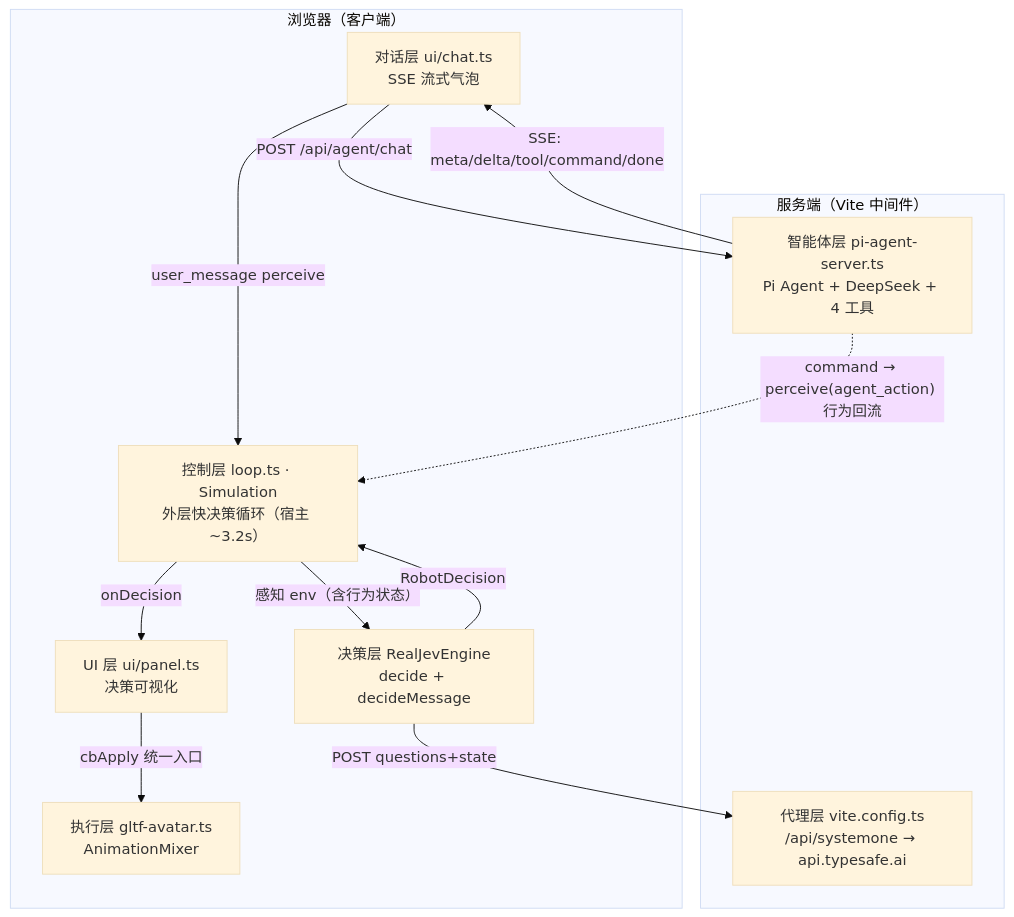
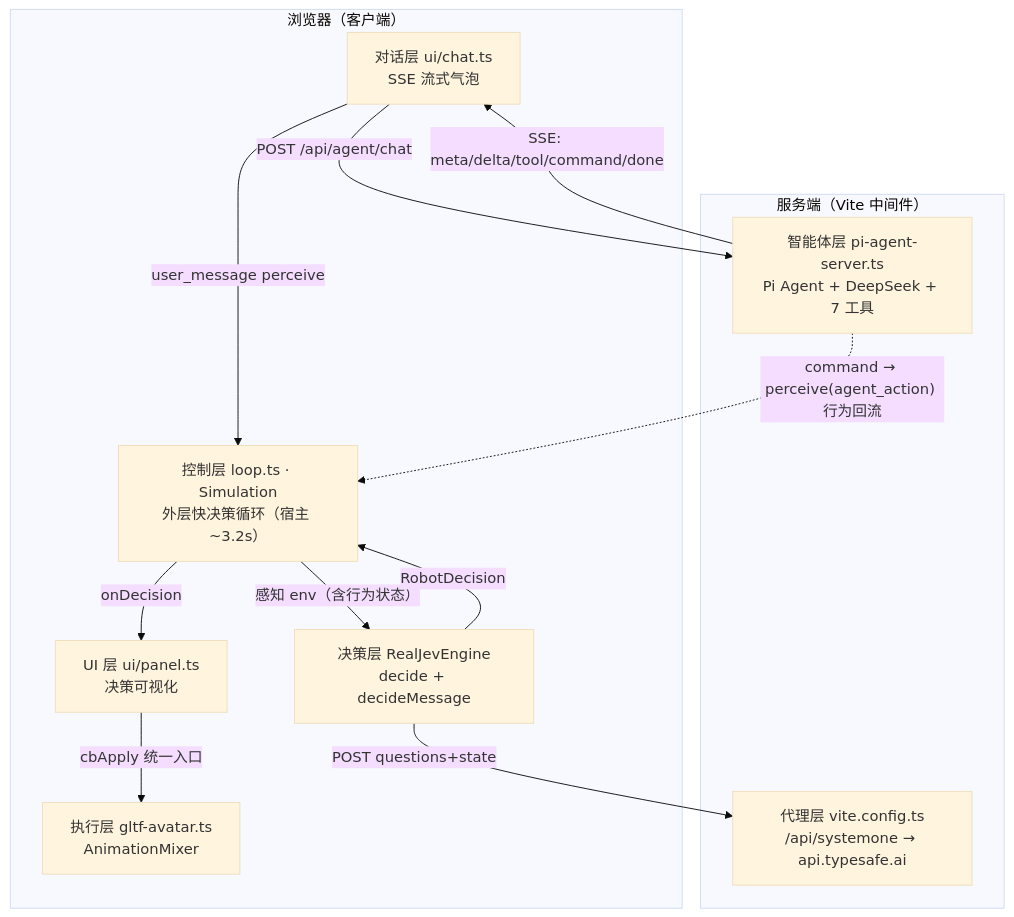
One commit to sungatetop/Jev-robot changed the diagram in jev-robot-digital-human/docs/architecture.md. Above: the diagram before and after it, drawn with Mermaid (base theme). The commit also changed other lines of this file and 4 other files, not shown here.

First line of the commit message:
docs: 更新文档与架构图，同步记忆功能演进

````diff
--- a/jev-robot-digital-human/docs/architecture.md
+++ b/jev-robot-digital-human/docs/architecture.md
@@ -102,23 +106,23 @@
 ```mermaid
 flowchart TB
     subgraph B["浏览器（客户端）"]
         CHAT["对话层 ui/chat.ts<br/>SSE 流式气泡"]
         PANEL["UI 层 ui/panel.ts<br/>决策可视化"]
         LOOP["控制层 loop.ts · Simulation<br/>外层快决策循环（宿主 ~3.2s）"]
         JEVM["决策层 RealJevEngine<br/>decide + decideMessage"]
         AVATAR["执行层 gltf-avatar.ts<br/>AnimationMixer"]
         LOOP -->|"感知 env（含行为状态）"| JEVM
         JEVM -->|"RobotDecision"| LOOP
         LOOP -->|"onDecision"| PANEL
         PANEL -->|"cbApply 统一入口"| AVATAR
         CHAT -->|"user_message perceive"| LOOP
     end
     subgraph S["服务端（Vite 中间件）"]
-        AGENT["智能体层 pi-agent-server.ts<br/>Pi Agent + DeepSeek + 4 工具"]
+        AGENT["智能体层 pi-agent-server.ts<br/>Pi Agent + DeepSeek + 7 工具"]
         PROXY["代理层 vite.config.ts<br/>/api/systemone → api.typesafe.ai"]
     end
     JEVM -->|"POST questions+state"| PROXY
     CHAT -->|"POST /api/agent/chat"| AGENT
     AGENT -->|"SSE: meta/delta/tool/command/done"| CHAT
     AGENT -.->|"command → perceive(agent_action) 行为回流"| LOOP
 ```
````
